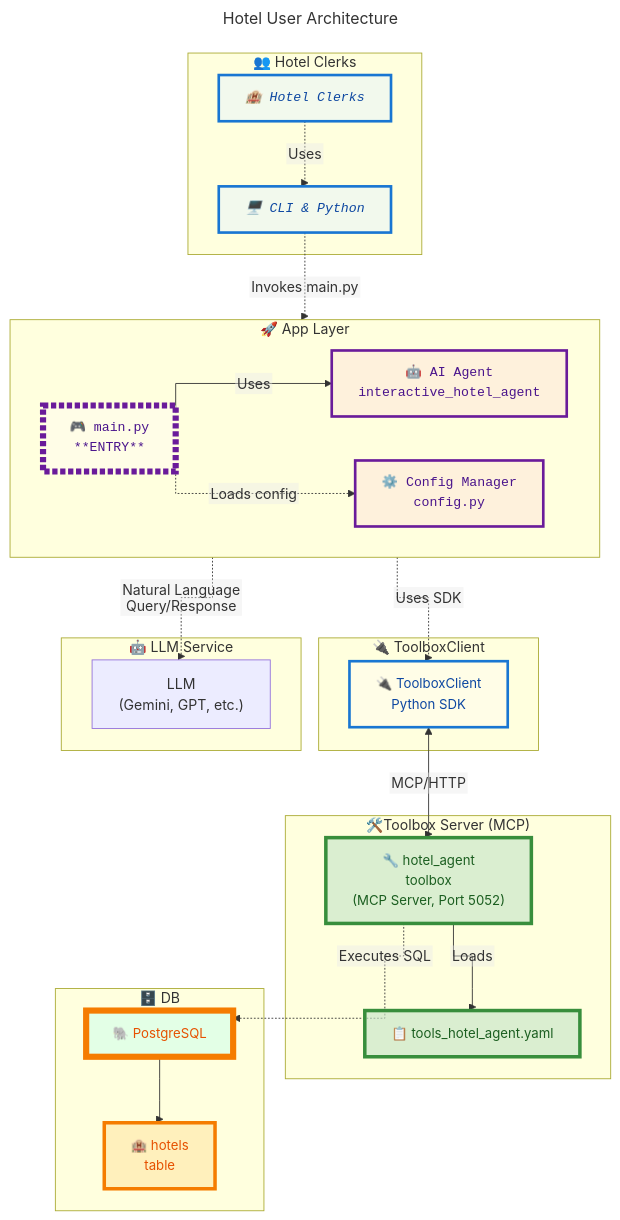
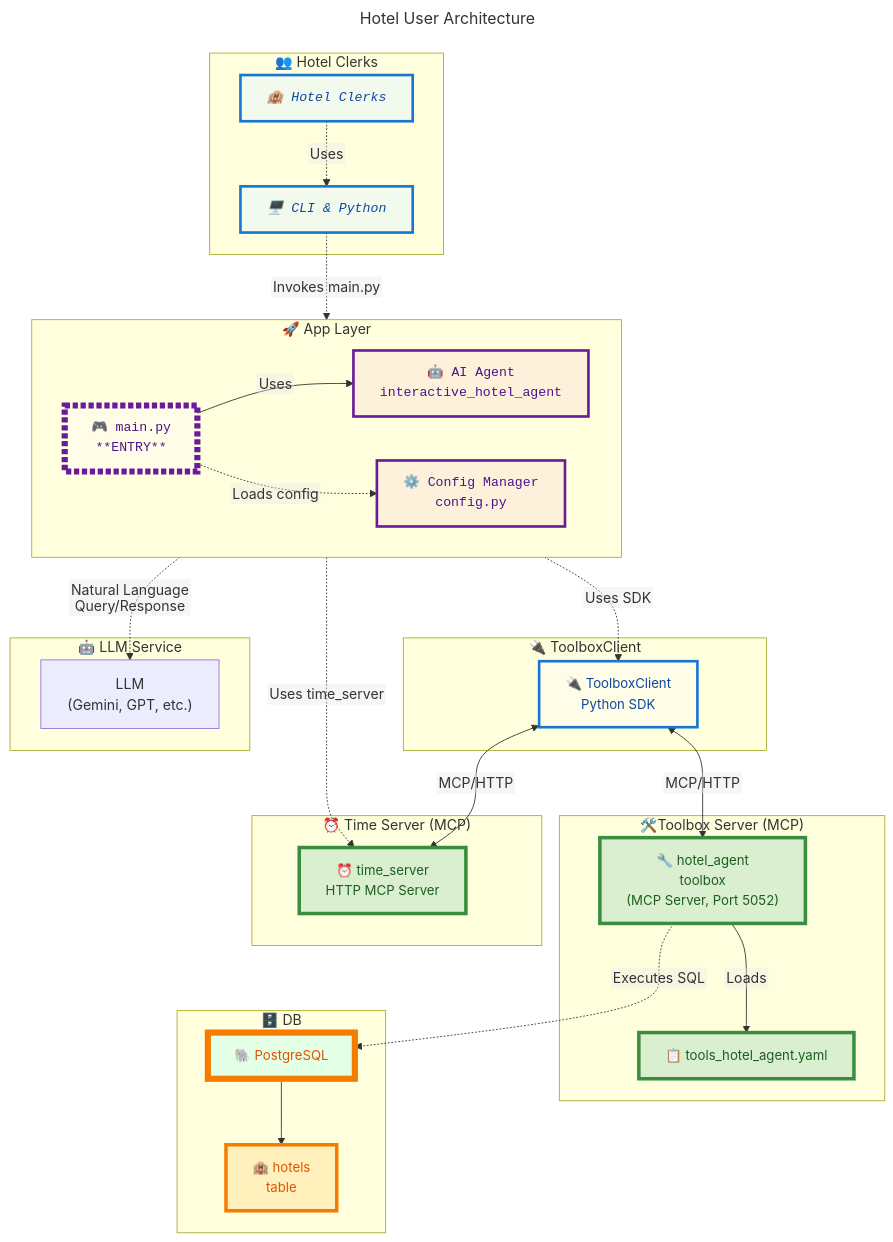
One commit to apexoryai/toolbox changed the second of 3 diagrams in docs/architecture.md. Above: the diagram before and after it, drawn with Mermaid. The commit also changed other lines of this file and 6 other files, not shown here.

Commit message:
time_server

````diff
--- a/docs/architecture.md
+++ b/docs/architecture.md
@@ -85,58 +85,63 @@
 ```mermaid
 ---
 title: Hotel User Architecture
 config:
   layout: dagre
   flowchart:
     handDrawn: true
-    curve: stepBefore
+    curve: basis
     htmlLabels: false
 ---
 flowchart TD
   subgraph "👥 Hotel Clerks"
     Clerk["🏨 Hotel Clerks"]
     U1["🖥️ CLI & Python"]
   end
   subgraph "🚀 App Layer"
     direction LR
     A1["🎮 main.py<br/>**ENTRY**"]
     A2["🤖 AI Agent<br/>interactive_hotel_agent"]
     A3["⚙️ Config Manager<br/>config.py<br/>"]
   end
   subgraph "🔌 ToolboxClient"
     SDK["🔌 ToolboxClient<br/>Python SDK"]
   end
   subgraph "🤖 LLM Service"
     LLM["LLM<br/>(Gemini, GPT, etc.)"]
   end
   subgraph "🛠️Toolbox Server (MCP)"
     T2["🔧 hotel_agent<br/>toolbox<br/>(MCP Server, Port 5052)"]
     T2Conf["📋 tools_hotel_agent.yaml"]
   end
+  subgraph "⏰ Time Server (MCP)"
+    TIME_HTTP["⏰ time_server<br/>HTTP MCP Server"]
+  end
   subgraph "🗄️ DB"
     DB["🐘 PostgreSQL"]
     TableHotels["🏨 hotels<br/>table"]
   end
   Clerk -.->|"Uses"| U1
   U1 -.->|"Invokes main.py"| A1
   A1 -->|"Uses"| A2
   A1 -.->|"Loads config"| A3
   A2 -.->|"Uses SDK"| SDK
   SDK <--> |"MCP/HTTP"| T2
+  SDK <--> |"MCP/HTTP"| TIME_HTTP
+  A2 -.->|"Uses time_server"| TIME_HTTP
   T2 -->|"Loads"| T2Conf
   T2 -.->|"Executes SQL"| DB
   DB --> TableHotels
   A2 -.->|"Natural Language Query/Response"| LLM
   classDef userStyle fill:#e3f2fd77,stroke:#1976d2,stroke-width:3px,color:#0d47a1,font-size:15px,font-family:Courier New, font-style:italic
   classDef appStyle fill:#f8bbd033,stroke:#6a1b9a,stroke-width:3px,color:#4a148c,font-size:15px,font-family:Courier New
   classDef sdkStyle fill:#fffde7,stroke:#1976d2,stroke-width:3px,color:#0d47a1,font-size:15px
   classDef serverStyle fill:#c8e6c9aa,stroke:#388e3c,stroke-width:4px,color:#1b5e20,font-size:15px
   classDef dbStyle fill:#ffecb3c4,stroke:#f57c00,stroke-width:4px,color:#e65100,font-size:15px
   class Clerk,U1 userStyle
   class A1,A2,A3 appStyle
   class SDK sdkStyle
-  class T2,T2Conf serverStyle
+  class T2,T2Conf,TIME_HTTP serverStyle
   class DB,TableHotels dbStyle
   style A1 stroke-width:7px,stroke-dasharray:6 3,fill:#fffde7
   style DB stroke-width:7px,fill:#e3ffe6
 ```
````
